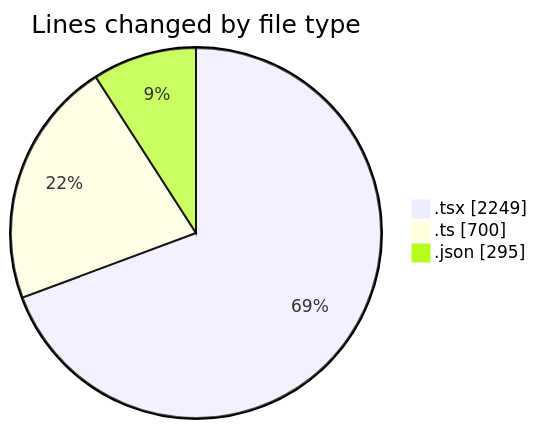
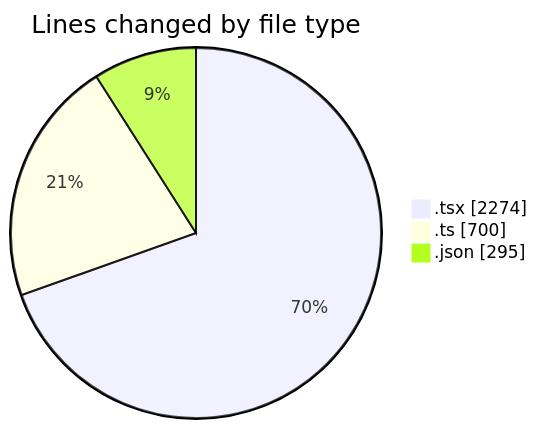
The first of 2 diagrams in 2025-10-09/eventscop-frontend-guide__workspace_/README.md (julien-gomy/code-tracking), drawn with Mermaid before and after one commit. The commit also changed other lines of this file and 1 other file, not shown here.

````diff
--- a/2025-10-09/eventscop-frontend-guide__workspace_/README.md
+++ b/2025-10-09/eventscop-frontend-guide__workspace_/README.md
@@ -36,7 +37,7 @@
 ```mermaid
 pie showData
 title Lines changed by file type
-".tsx" : 2249
+".tsx" : 2274
 ".ts" : 700
 ".json" : 295
 ```
````
